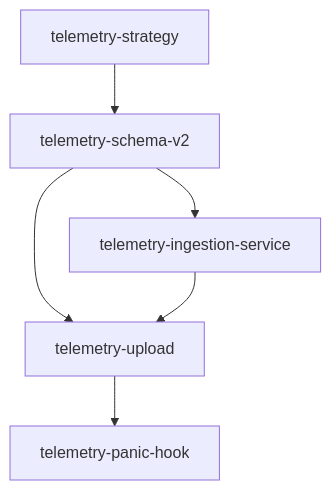
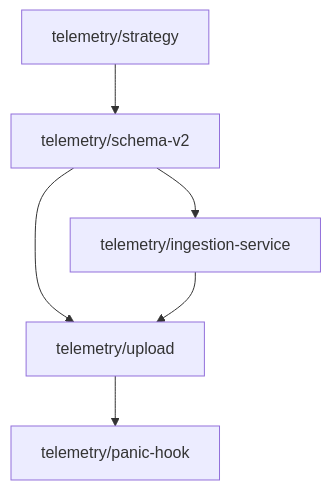
The diagram in docs/telemetry-strategy.md (lix42/negative-converter), drawn with Mermaid before and after one commit. The commit also changed other lines of this file and 138 other files, not shown here.

````diff
--- a/docs/telemetry-strategy.md
+++ b/docs/telemetry-strategy.md
@@ -671,8 +671,8 @@
 ```mermaid
 graph TD
-  telemetry-strategy --> telemetry-schema-v2
-  telemetry-schema-v2 --> telemetry-ingestion-service
-  telemetry-schema-v2 --> telemetry-upload
-  telemetry-ingestion-service --> telemetry-upload
-  telemetry-upload --> telemetry-panic-hook
+  telemetry/strategy --> telemetry/schema-v2
+  telemetry/schema-v2 --> telemetry/ingestion-service
+  telemetry/schema-v2 --> telemetry/upload
+  telemetry/ingestion-service --> telemetry/upload
+  telemetry/upload --> telemetry/panic-hook
 ```
````
